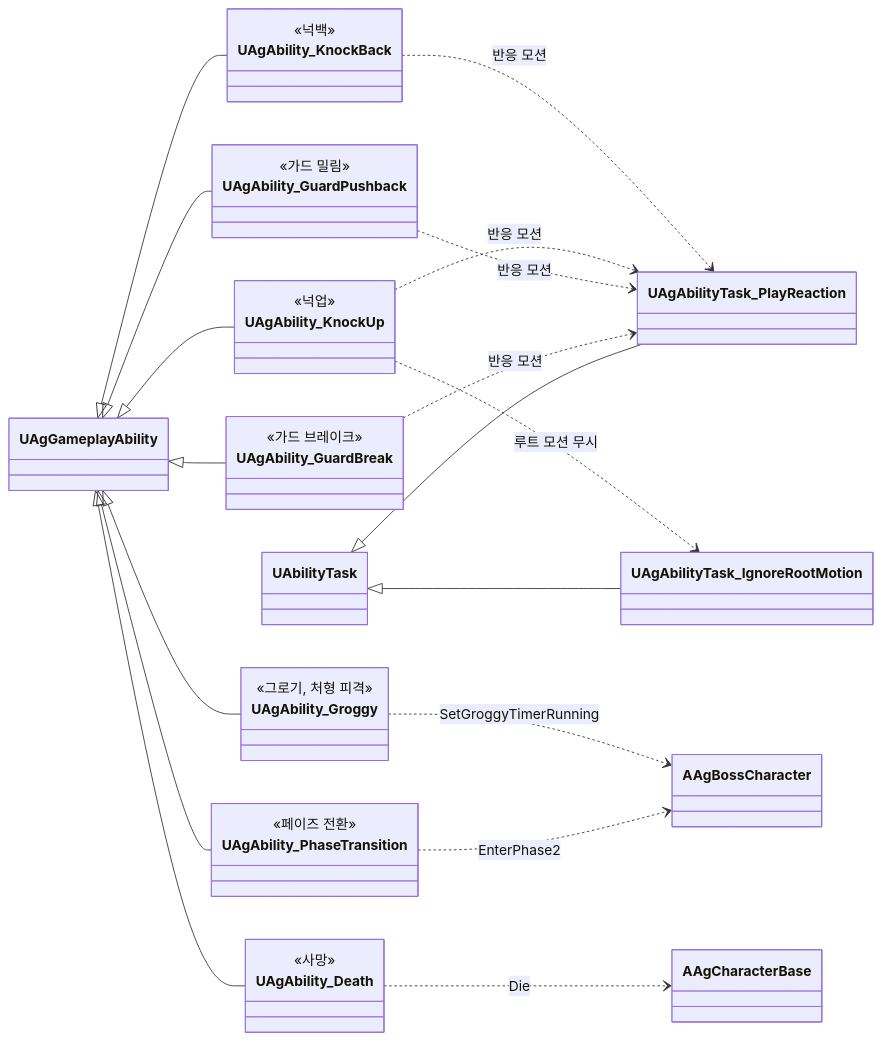
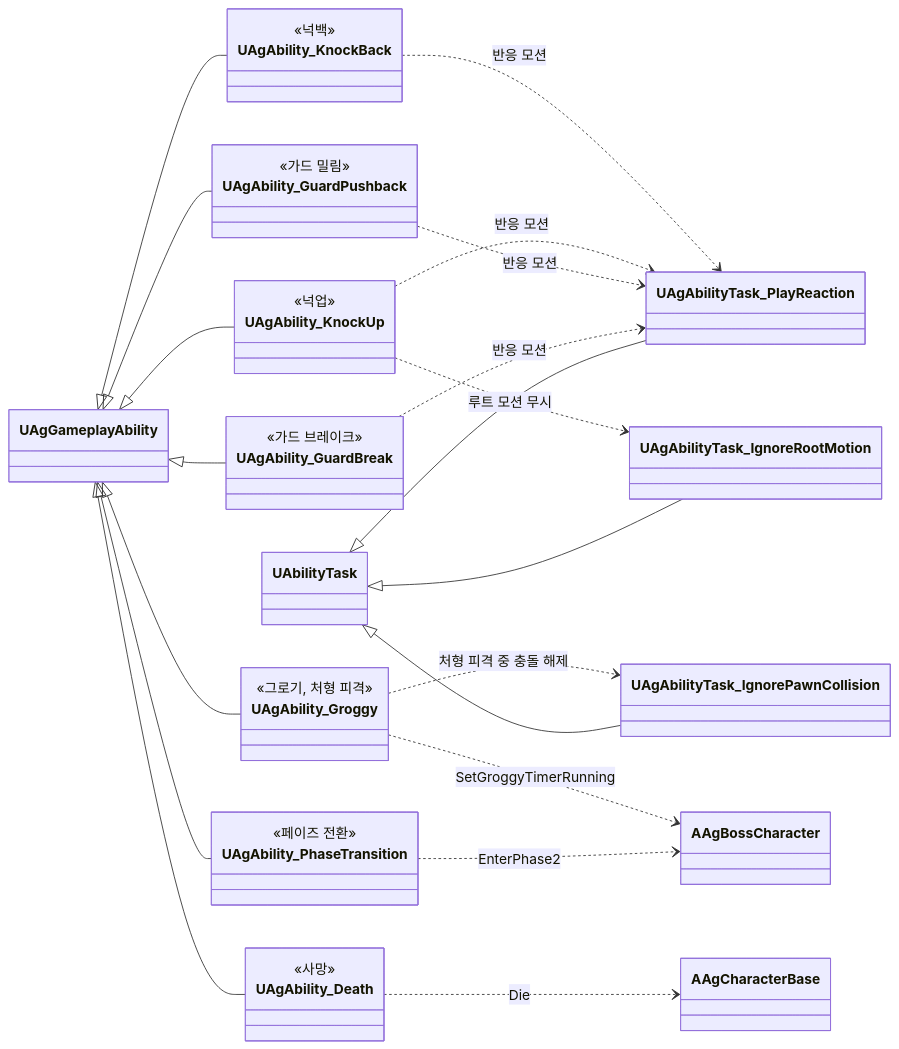
The seventh of 21 diagrams in Docs/Program/클래스 구조도.md (Woogl/Ag), drawn with Mermaid before and after one commit. The commit also changed other lines of this file and 11 other files, not shown here.

````diff
--- a/Docs/Program/클래스 구조도.md
+++ b/Docs/Program/클래스 구조도.md
@@ -277,43 +279,45 @@
 ```mermaid
 classDiagram
     direction LR
     class UAgAbility_KnockBack {
         <<넉백>>
     }
     class UAgAbility_KnockUp {
         <<넉업>>
     }
     class UAgAbility_GuardPushback {
         <<가드 밀림>>
     }
     class UAgAbility_GuardBreak {
         <<가드 브레이크>>
     }
     class UAgAbility_Groggy {
         <<그로기, 처형 피격>>
     }
     class UAgAbility_PhaseTransition {
         <<페이즈 전환>>
     }
     class UAgAbility_Death {
         <<사망>>
     }
     UAgGameplayAbility <|-- UAgAbility_KnockBack
     UAgGameplayAbility <|-- UAgAbility_KnockUp
     UAgGameplayAbility <|-- UAgAbility_GuardPushback
     UAgGameplayAbility <|-- UAgAbility_GuardBreak
     UAgGameplayAbility <|-- UAgAbility_Groggy
     UAgGameplayAbility <|-- UAgAbility_PhaseTransition
     UAgGameplayAbility <|-- UAgAbility_Death
 
     UAgAbility_KnockBack ..> UAgAbilityTask_PlayReaction : 반응 모션
     UAgAbility_KnockUp ..> UAgAbilityTask_PlayReaction : 반응 모션
     UAgAbility_GuardPushback ..> UAgAbilityTask_PlayReaction : 반응 모션
     UAgAbility_GuardBreak ..> UAgAbilityTask_PlayReaction : 반응 모션
     UAgAbility_KnockUp ..> UAgAbilityTask_IgnoreRootMotion : 루트 모션 무시
+    UAgAbility_Groggy ..> UAgAbilityTask_IgnorePawnCollision : 처형 피격 중 충돌 해제
     UAbilityTask <|-- UAgAbilityTask_PlayReaction
     UAbilityTask <|-- UAgAbilityTask_IgnoreRootMotion
+    UAbilityTask <|-- UAgAbilityTask_IgnorePawnCollision
     UAgAbility_Groggy ..> AAgBossCharacter : SetGroggyTimerRunning
     UAgAbility_PhaseTransition ..> AAgBossCharacter : EnterPhase2
     UAgAbility_Death ..> AAgCharacterBase : Die
 ```
````
